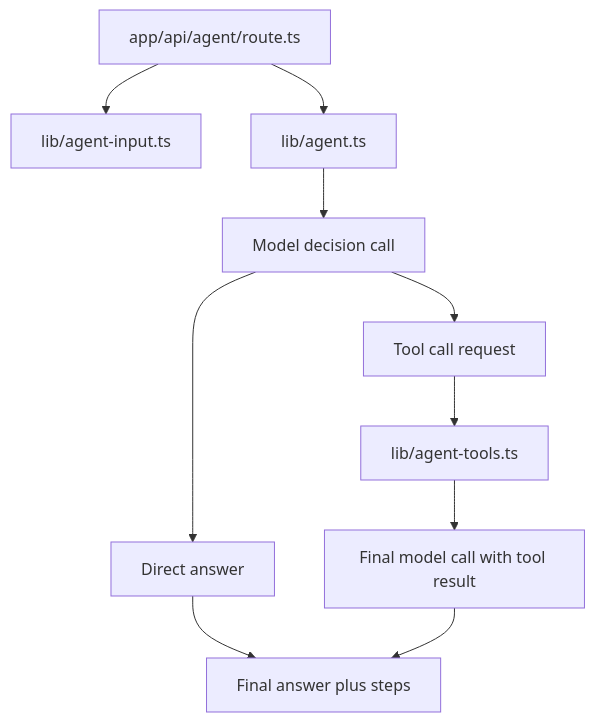
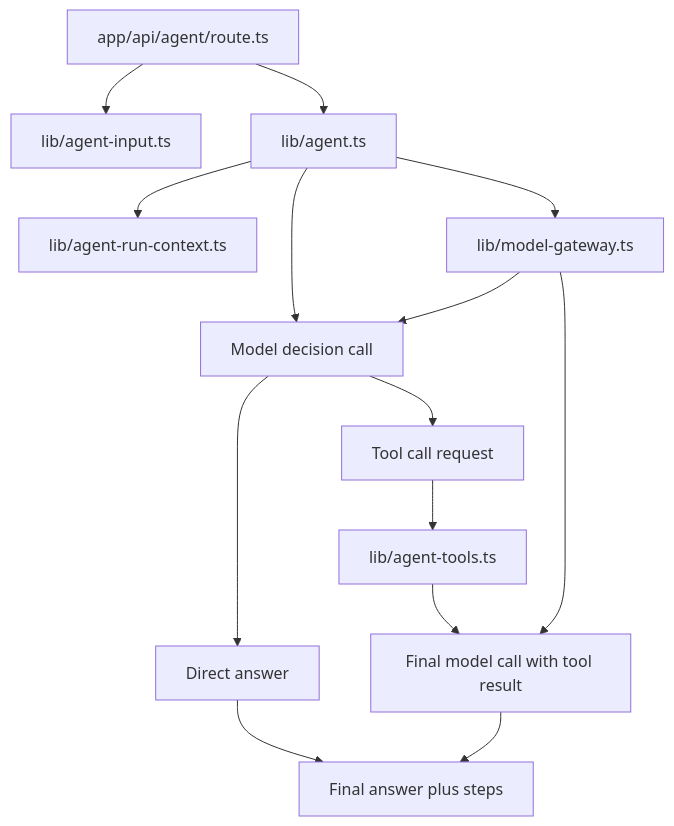
Before and after one commit to Liang-HZ/inspectable-agent-harness: the second of 3 diagrams in docs/architecture.md, drawn with Mermaid. The commit also changed other lines of this file and 8 other files, not shown here.

````diff
--- a/docs/architecture.md
+++ b/docs/architecture.md
@@ -199,12 +221,16 @@
 ```mermaid
 flowchart TD
   AgentRoute[app/api/agent/route.ts] --> AgentInput[lib/agent-input.ts]
   AgentRoute --> AgentService[lib/agent.ts]
+  AgentService --> RunContext[lib/agent-run-context.ts]
+  AgentService --> ModelGateway[lib/model-gateway.ts]
   AgentService --> DecisionCall[Model decision call]
+  ModelGateway --> DecisionCall
   DecisionCall --> DirectAnswer[Direct answer]
   DecisionCall --> ToolCall[Tool call request]
   ToolCall --> AgentTools[lib/agent-tools.ts]
   AgentTools --> FinalCall[Final model call with tool result]
+  ModelGateway --> FinalCall
   DirectAnswer --> AgentResponse[Final answer plus steps]
   FinalCall --> AgentResponse
 ```
````
